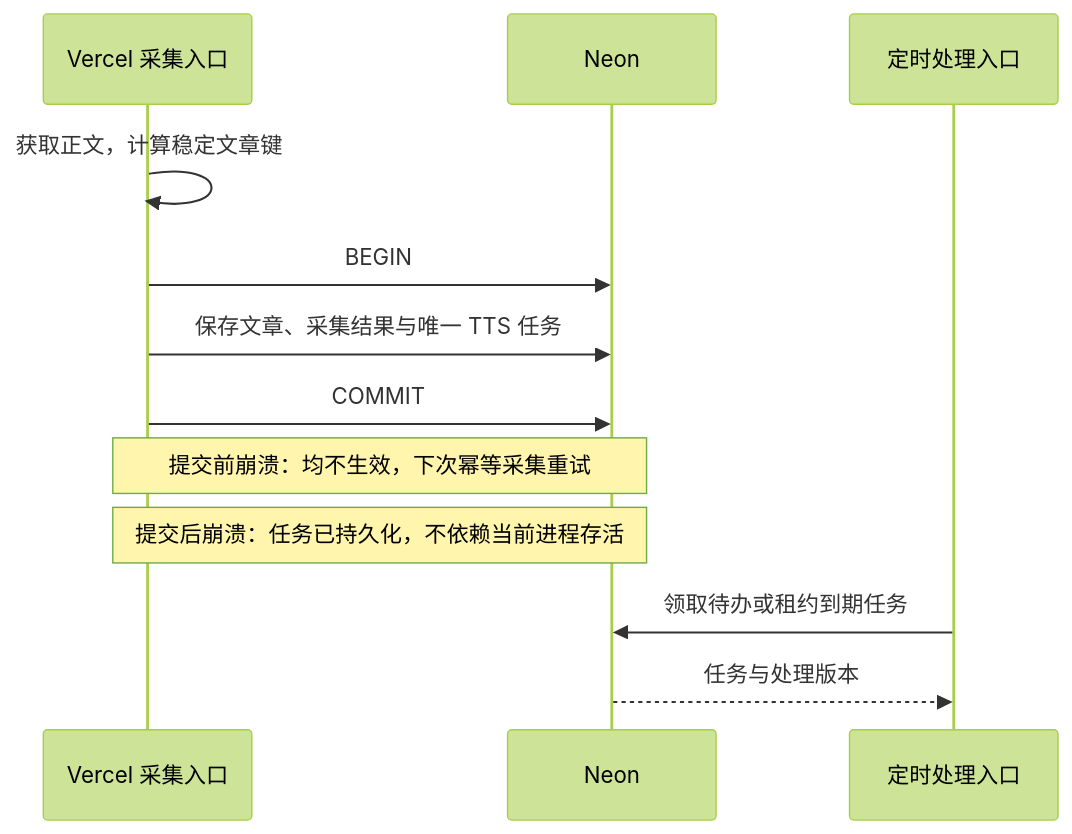
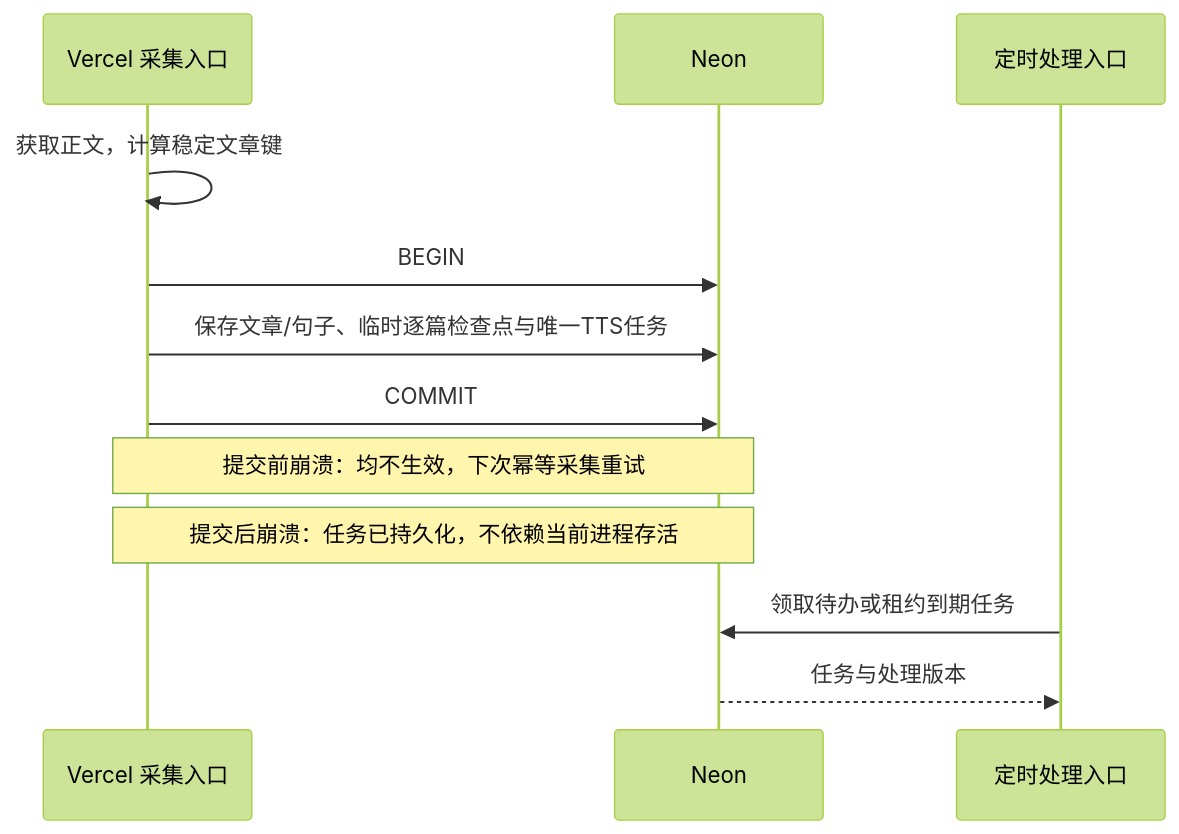
The diagram in docs/architecture/background-and-resource-plan.md (juanchaopan/lingocurrent), drawn with Mermaid (forest theme) before and after one commit. The commit also changed other lines of this file and 44 other files, not shown here.

````diff
--- a/docs/architecture/background-and-resource-plan.md
+++ b/docs/architecture/background-and-resource-plan.md
@@ -20,14 +20,14 @@
 ```mermaid
 sequenceDiagram
   participant C as Vercel 采集入口
   participant D as Neon
   participant W as 定时处理入口
   C->>C: 获取正文，计算稳定文章键
   C->>D: BEGIN
-  C->>D: 保存文章、采集结果与唯一 TTS 任务
+  C->>D: 保存文章/句子、临时逐篇检查点与唯一TTS任务
   C->>D: COMMIT
   Note over C,D: 提交前崩溃：均不生效，下次幂等采集重试
   Note over C,D: 提交后崩溃：任务已持久化，不依赖当前进程存活
   W->>D: 领取待办或租约到期任务
   D-->>W: 任务与处理版本
 ```
````
